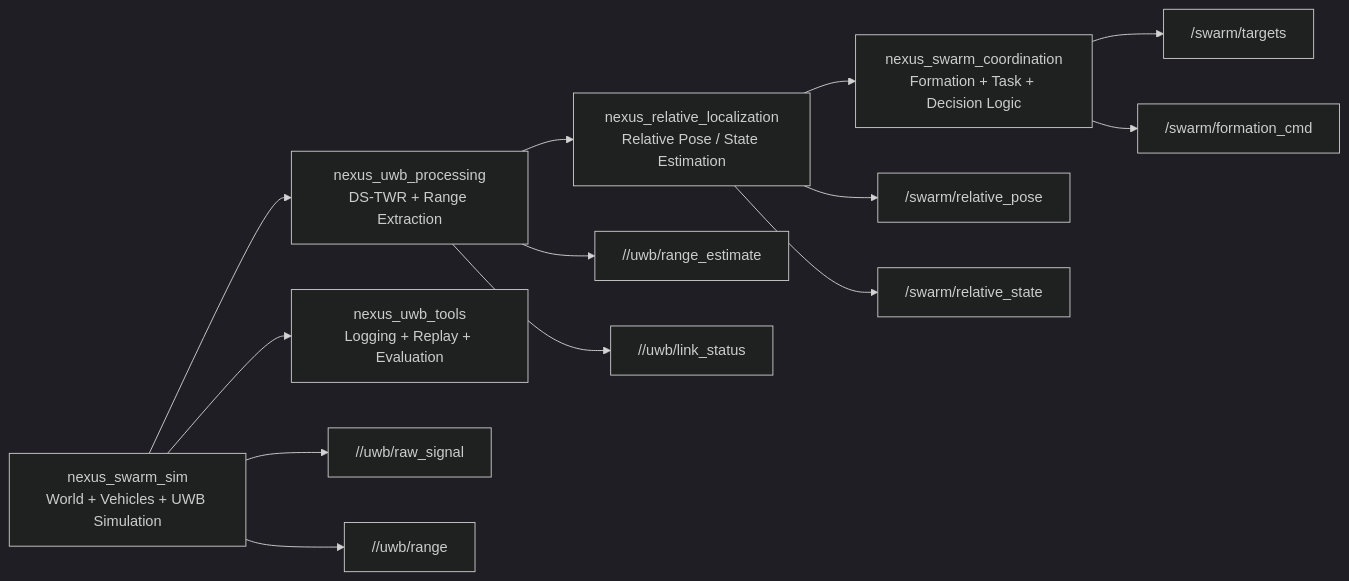
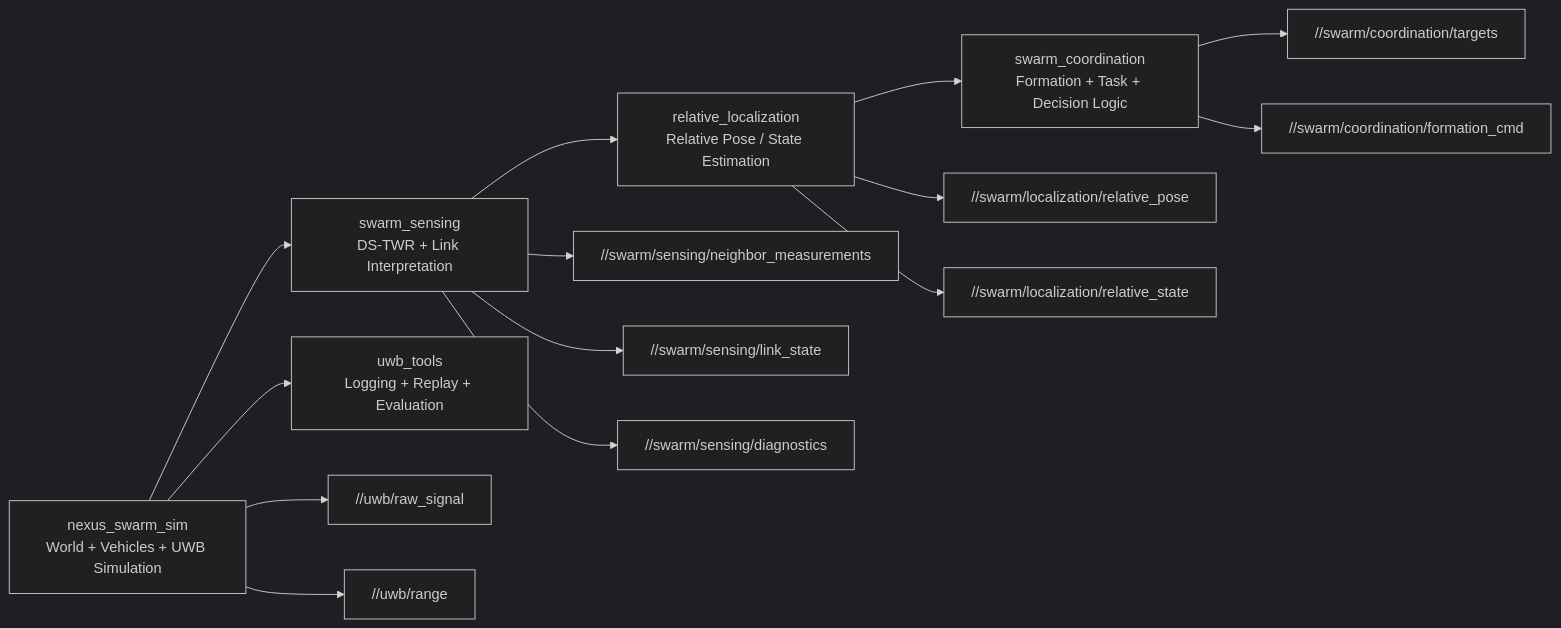
Before and after one commit to tayfurcnr/nexus_swarm_sim: the diagram in docs/architecture/DOWNSTREAM_PACKAGE_PLAN.md, drawn with Mermaid (dark theme). The commit also changed other lines of this file and 25 other files, not shown here.

````diff
--- a/docs/architecture/DOWNSTREAM_PACKAGE_PLAN.md
+++ b/docs/architecture/DOWNSTREAM_PACKAGE_PLAN.md
@@ -98,16 +102,17 @@
 ```mermaid
 flowchart LR
-    A[nexus_swarm_sim\nWorld + Vehicles + UWB Simulation] --> B[nexus_uwb_processing\nDS-TWR + Range Extraction]
-    A --> E[nexus_uwb_tools\nLogging + Replay + Evaluation]
-    B --> C[nexus_relative_localization\nRelative Pose / State Estimation]
-    C --> D[nexus_swarm_coordination\nFormation + Task + Decision Logic]
+    A[nexus_swarm_sim\nWorld + Vehicles + UWB Simulation] --> B[swarm_sensing\nDS-TWR + Link Interpretation]
+    A --> E[uwb_tools\nLogging + Replay + Evaluation]
+    B --> C[relative_localization\nRelative Pose / State Estimation]
+    C --> D[swarm_coordination\nFormation + Task + Decision Logic]
 
-    A --> A1["/<vehicle>/uwb/raw_signal"]
-    A --> A2["/<vehicle>/uwb/range"]
-    B --> B1["/<vehicle>/uwb/range_estimate"]
-    B --> B2["/<vehicle>/uwb/link_status"]
-    C --> C1["/swarm/relative_pose"]
-    C --> C2["/swarm/relative_state"]
-    D --> D1["/swarm/targets"]
-    D --> D2["/swarm/formation_cmd"]
+    A --> A1["/<vehicle_ns>/uwb/raw_signal"]
+    A --> A2["/<vehicle_ns>/uwb/range"]
+    B --> B1["/<vehicle_ns>/swarm/sensing/neighbor_measurements"]
+    B --> B2["/<vehicle_ns>/swarm/sensing/link_state"]
+    B --> B3["/<vehicle_ns>/swarm/sensing/diagnostics"]
+    C --> C1["/<vehicle_ns>/swarm/localization/relative_pose"]
+    C --> C2["/<vehicle_ns>/swarm/localization/relative_state"]
+    D --> D1["/<vehicle_ns>/swarm/coordination/targets"]
+    D --> D2["/<vehicle_ns>/swarm/coordination/formation_cmd"]
 ```
````
